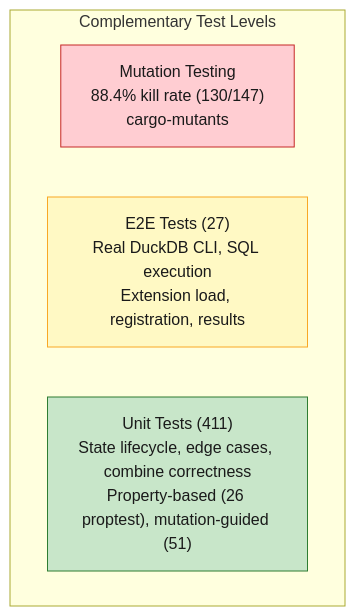
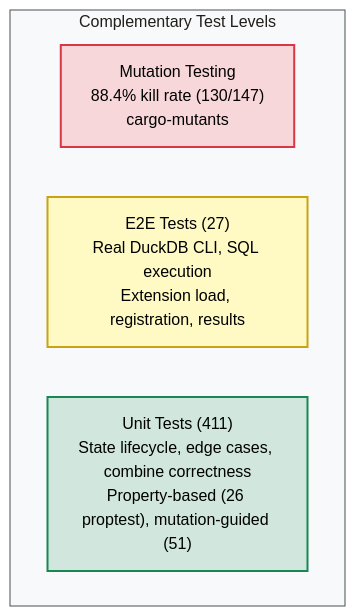
The second of 4 diagrams in docs/src/engineering.md (tomtom215/duckdb-behavioral), drawn with Mermaid before and after one commit. The commit also changed other lines of this file and 10 other files, not shown here.

````diff
--- a/docs/src/engineering.md
+++ b/docs/src/engineering.md
@@ -147,12 +148,13 @@
 ```mermaid
+%%{init: {'theme': 'base', 'themeVariables': {'primaryColor': '#f8f9fa', 'primaryTextColor': '#000000', 'primaryBorderColor': '#495057', 'lineColor': '#495057', 'secondaryColor': '#e9ecef', 'tertiaryColor': '#dee2e6', 'textColor': '#000000', 'clusterBkg': '#f8f9fa', 'clusterBorder': '#495057'}}}%%
 graph TB
     subgraph "Complementary Test Levels"
         L3["Mutation Testing<br/>88.4% kill rate (130/147)<br/>cargo-mutants"]
         L2["E2E Tests (27)<br/>Real DuckDB CLI, SQL execution<br/>Extension load, registration, results"]
         L1["Unit Tests (411)<br/>State lifecycle, edge cases, combine correctness<br/>Property-based (26 proptest), mutation-guided (51)"]
     end
 
-    style L1 fill:#c8e6c9,stroke:#2e7d32,color:#1a1a1a
-    style L2 fill:#fff9c4,stroke:#f9a825,color:#1a1a1a
-    style L3 fill:#ffcdd2,stroke:#c62828,color:#1a1a1a
+    style L1 fill:#d1e7dd,stroke:#198754,stroke-width:2px,color:#000000
+    style L2 fill:#fff9c4,stroke:#c8a415,stroke-width:2px,color:#000000
+    style L3 fill:#f8d7da,stroke:#dc3545,stroke-width:2px,color:#000000
 ```
````
